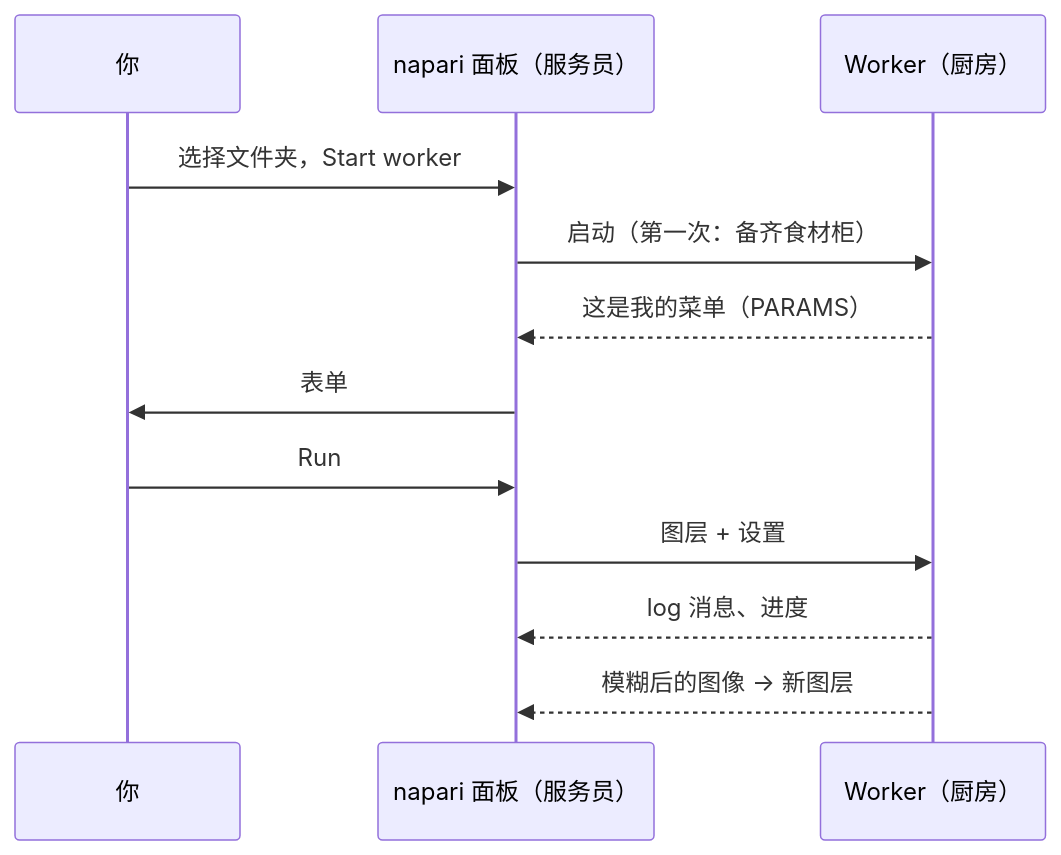
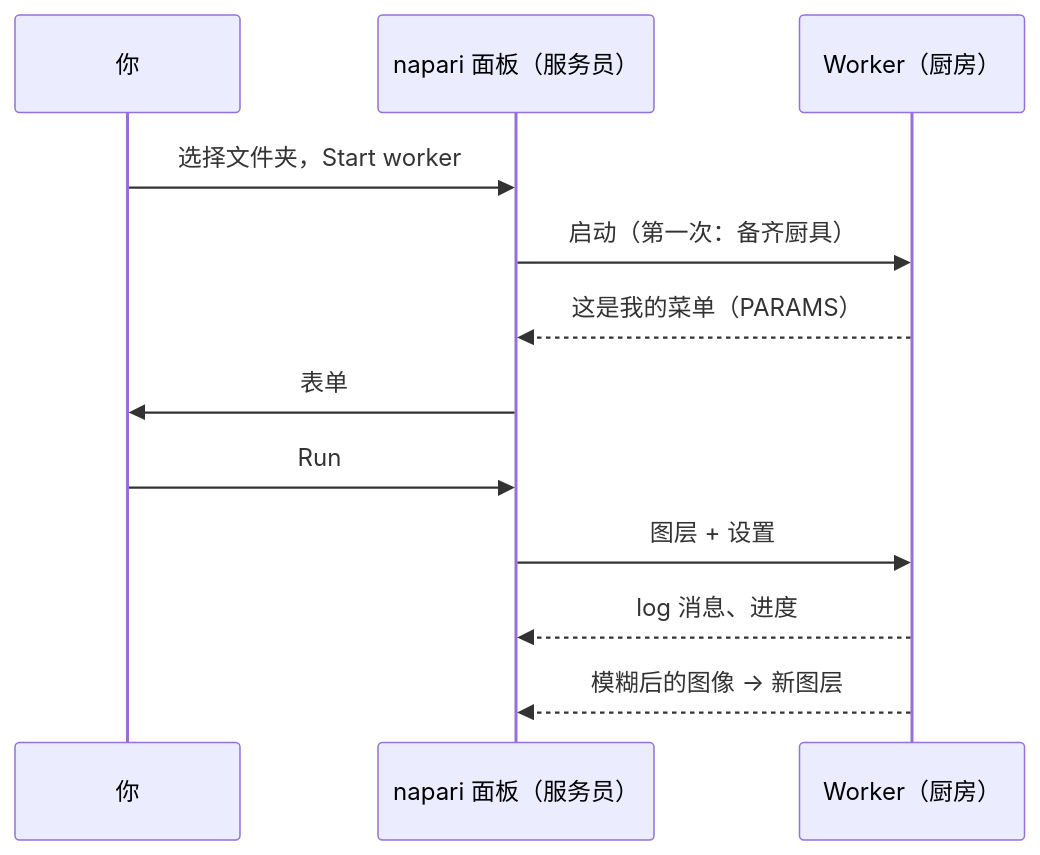
Before and after one commit to Oxford-Zeiss-Centre-of-Excellence/Wavu: the diagram in guide/napari/first-run.zh-Hans.md, drawn with Mermaid. The commit also changed other lines of this file and 221 other files, not shown here.

````diff
--- a/guide/napari/first-run.zh-Hans.md
+++ b/guide/napari/first-run.zh-Hans.md
@@ -10,14 +10,14 @@
 ```mermaid
 sequenceDiagram
     participant You as 你
     participant N as napari 面板（服务员）
     participant W as Worker（厨房）
     You->>N: 选择文件夹，Start worker
-    N->>W: 启动（第一次：备齐食材柜）
+    N->>W: 启动（第一次：备齐厨具）
     W-->>N: 这是我的菜单（PARAMS）
     N->>You: 表单
     You->>N: Run
     N->>W: 图层 + 设置
     W-->>N: log 消息、进度
     W-->>N: 模糊后的图像 → 新图层
 ```
````
